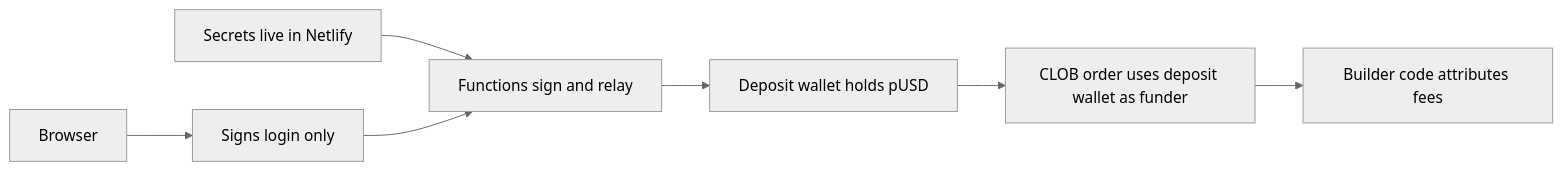
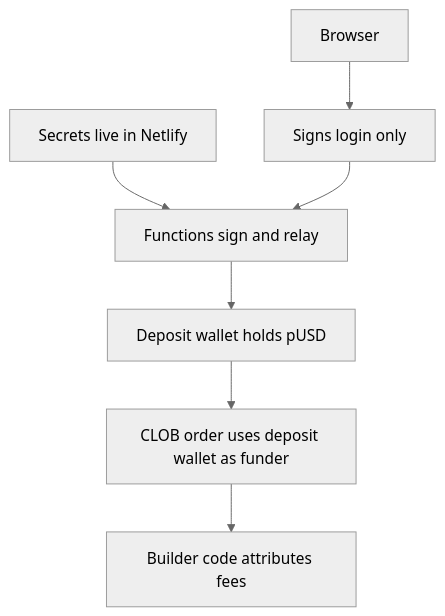
One commit to alphastack1/POLYMARKET-WIZARD changed the tenth of 10 diagrams in docs/polymarket-wizard-guide.md. Above: the diagram before and after it, drawn with Mermaid (neutral theme). The commit also changed other lines of this file and 1 other file, not shown here.

Commit message:
Mask guide secrets and verticalize diagrams

````diff
--- a/docs/polymarket-wizard-guide.md
+++ b/docs/polymarket-wizard-guide.md
@@ -732,9 +718,9 @@
 ```mermaid
-flowchart LR
+flowchart TB
   A["Secrets live in Netlify"] --> B["Functions sign and relay"]
   B --> C["Deposit wallet holds pUSD"]
   C --> D["CLOB order uses deposit wallet as funder"]
   D --> E["Builder code attributes fees"]
   F["Browser"] --> G["Signs login only"]
   G --> B
 ```
````
